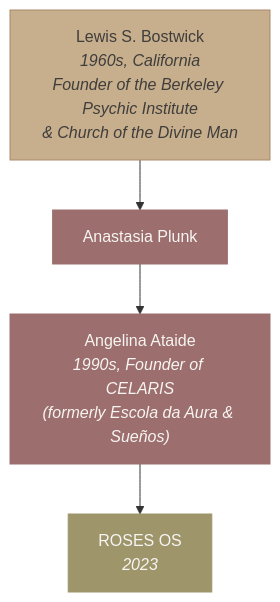
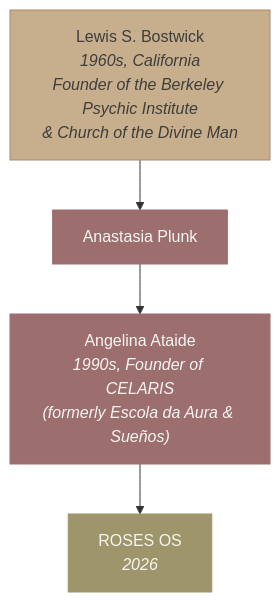
Before and after one commit to Light-Brands/roses-os: the third of 28 diagrams in docs/brand/brand-dna.md, drawn with Mermaid. The commit also changed 1 other file, not shown here.

Commit message:
Update ROSES OS year from 2023 to 2026
https://claude.ai/code/session_01V3bdbweXmJ37qG2X5S9H4k

````diff
--- a/docs/brand/brand-dna.md
+++ b/docs/brand/brand-dna.md
@@ -128,11 +128,11 @@
 ```mermaid
 graph TD
     LB["Lewis S. Bostwick<br/><i>1960s, California<br/>Founder of the Berkeley Psychic Institute<br/>& Church of the Divine Man</i>"] --> AP["Anastasia Plunk"]
     AP --> AA["Angelina Ataide<br/><i>1990s, Founder of CELARIS<br/>(formerly Escola da Aura & Sueños)</i>"]
-    AA --> ROS["ROSES OS<br/><i>2023</i>"]
+    AA --> ROS["ROSES OS<br/><i>2026</i>"]
 
     style LB fill:#C7AE8C,color:#3F3E3C,stroke:#A8896D
     style AP fill:#9C6F6E,color:#F7F5F2,stroke:#9C6F6E
     style AA fill:#9C6F6E,color:#F7F5F2,stroke:#9C6F6E
     style ROS fill:#9E956B,color:#F7F5F2,stroke:#9E956B
 ```
````
